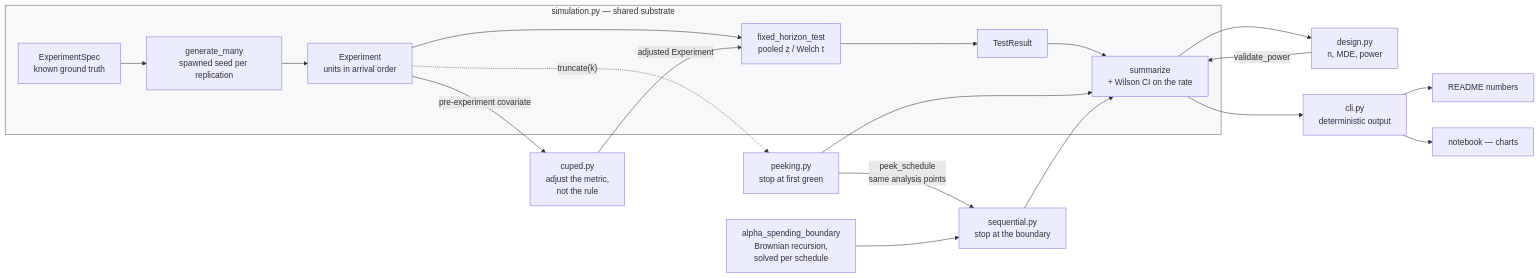
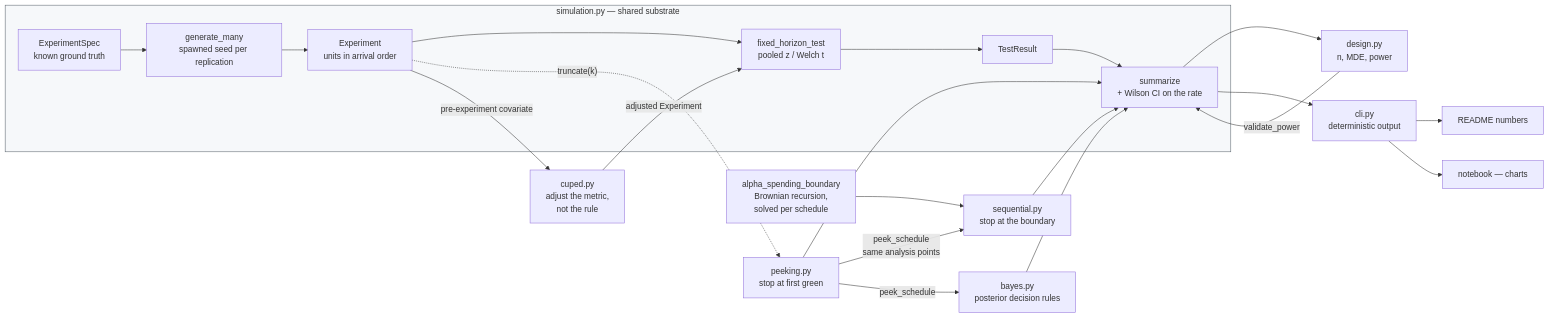
One commit to Prithv122/ab-testing-kit changed the diagram in README.md. Above: the diagram before and after it, drawn with Mermaid. The commit also changed other lines of this file and 8 other files, not shown here.

````diff
--- a/README.md
+++ b/README.md
@@ -53,26 +59,28 @@
 ```mermaid
 flowchart LR
     subgraph core["simulation.py — shared substrate"]
         A["ExperimentSpec<br/>known ground truth"] --> B["generate_many<br/>spawned seed per replication"]
         B --> C["Experiment<br/>units in arrival order"]
         C --> D["fixed_horizon_test<br/>pooled z / Welch t"]
         D --> E["TestResult"]
         E --> F["summarize<br/>+ Wilson CI on the rate"]
     end
 
     C -.->|"truncate(k)"| G["peeking.py<br/>stop at first green"]
     G -->|"peek_schedule<br/>same analysis points"| S["sequential.py<br/>stop at the boundary"]
     P["alpha_spending_boundary<br/>Brownian recursion,<br/>solved per schedule"] --> S
     C -->|"pre-experiment covariate"| U["cuped.py<br/>adjust the metric,<br/>not the rule"]
     U -->|"adjusted Experiment"| D
+    G -->|"peek_schedule"| Y["bayes.py<br/>posterior decision rules"]
+    Y --> F
     F --> H["design.py<br/>n, MDE, power"]
     G --> F
     S --> F
     H -->|"validate_power"| F
 
     F --> I["cli.py<br/>deterministic output"]
     I --> J["README numbers"]
     I --> K["notebook — charts"]
 
     style core fill:#f6f8fa,stroke:#57606a
 ```
````
